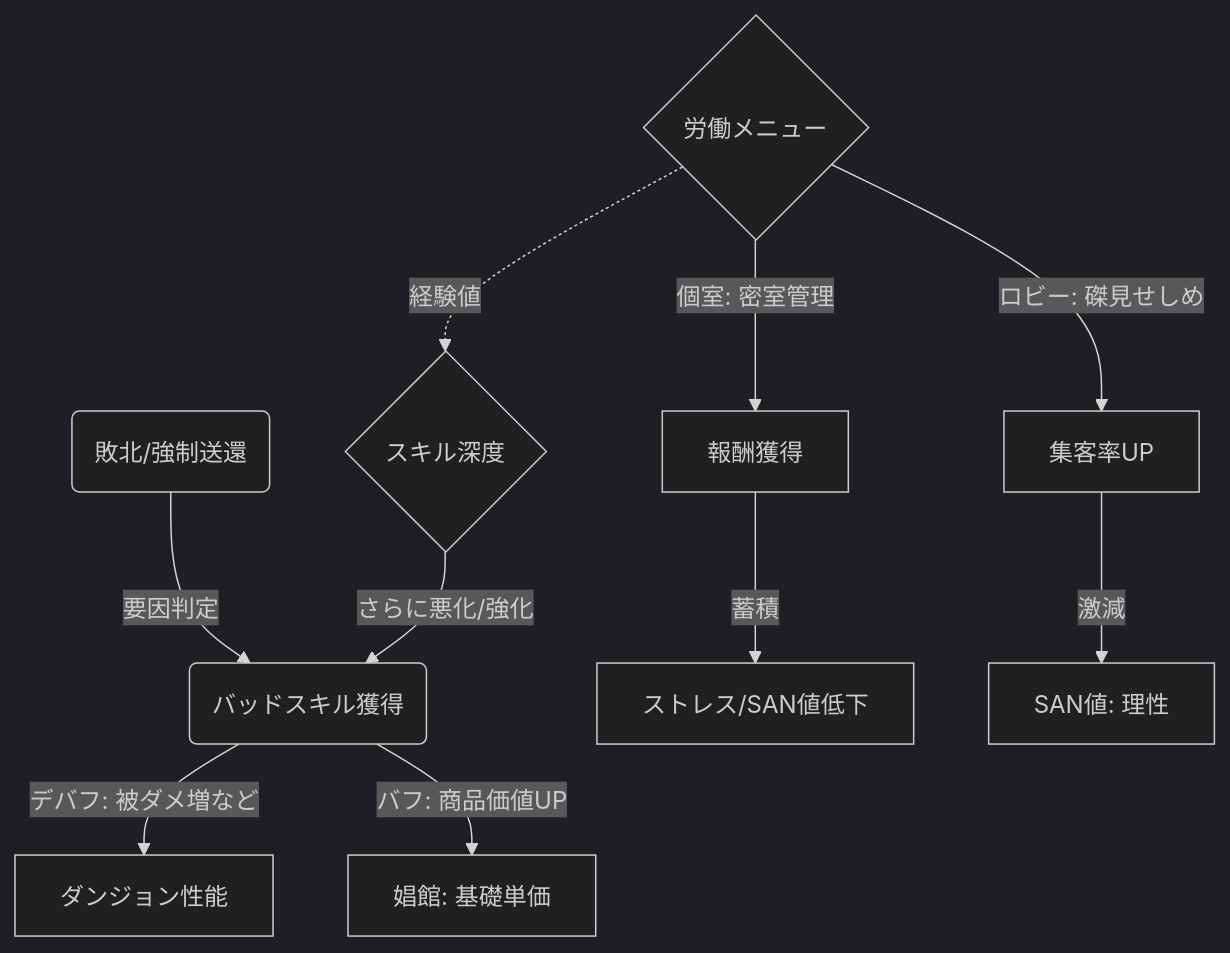
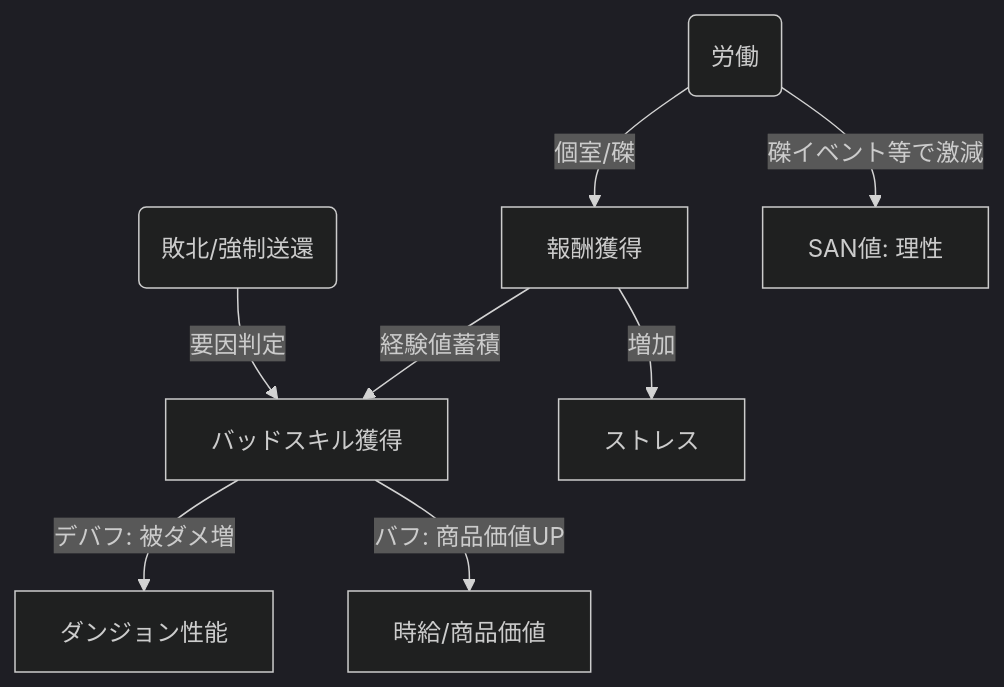
One commit to pakchi2016/DungeonMaster changed the third of 3 diagrams in README.md. Above: the diagram before and after it, drawn with Mermaid (dark theme). The commit also changed other lines of this file, not shown here.

````diff
--- a/README.md
+++ b/README.md
@@ -92,24 +101,17 @@
 ```mermaid
-graph TD;
-    %% ダンジョンでの結果
-    Defeat(敗北/強制送還) -->|要因判定| BadSkill_Get(バッドスキル獲得)
+graph TD
+    %% ダンジョン
+    Defeat(敗北/強制送還) -->|要因判定| BadSkillGet[バッドスキル獲得]
     
-    %% バッドスキルの二面性
-    BadSkill_Get -->|デバフ: 被ダメ増など| Dungeon_Stat[ダンジョン性能]
-    BadSkill_Get -->|バフ: 商品価値UP| Brothel_Value[娼館: 基礎単価]
+    %% スキルの二面性
+    BadSkillGet -->|デバフ: 被ダメ増| DungeonStat[ダンジョン性能]
+    BadSkillGet -->|バフ: 商品価値UP| MarketValue[時給/商品価値]
     
-    %% 娼館での行動
-    Work_Menu{労働メニュー}
+    %% 娼館労働
+    Work(労働) -->|個室/磔| Earn[報酬獲得]
+    Earn -->|増加| Stress[ストレス]
     
-    Work_Menu -->|個室: 密室管理| Earn_Money[報酬獲得]
-    Work_Menu -->|ロビー: 磔見せしめ| Customer_Up[集客率UP]
-    
-    %% リスクとコスト
-    Earn_Money -->|蓄積| Stress[ストレス/SAN値低下]
-    Customer_Up -->|激減| SAN[SAN値: 理性]
-    
-    %% 循環
-    BadSkill_Level{スキル深度}
-    Work_Menu -.->|経験値| BadSkill_Level
-    BadSkill_Level -->|さらに悪化/強化| BadSkill_Get
+    %% リスク
+    Earn -->|経験値蓄積| BadSkillGet
+    Work -->|磔イベント等で激減| SAN[SAN値: 理性]
 ```
````
